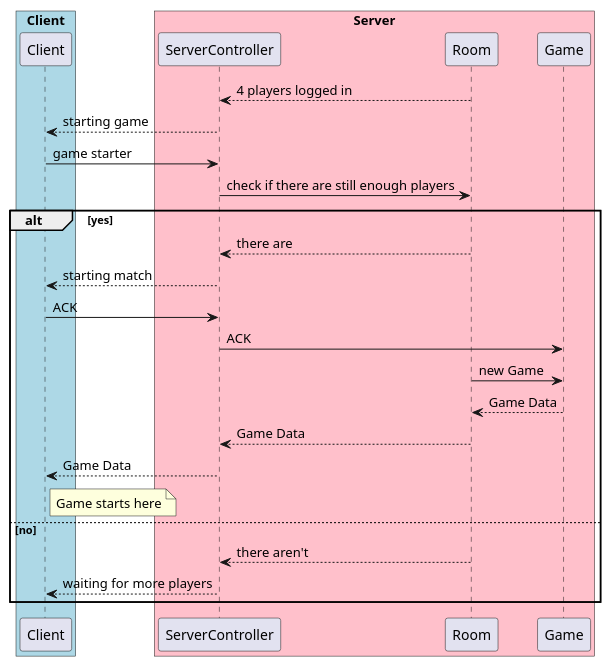
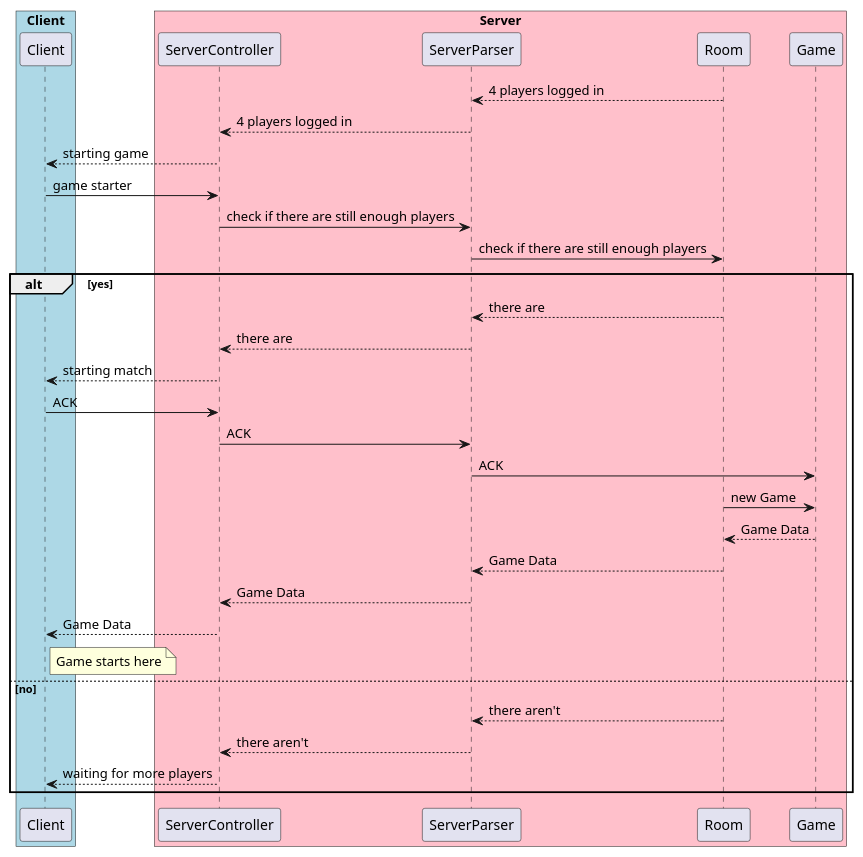
The diagram in docs/Sequence Diagram/Starting Game Phase.puml (dltmtt/IS23-AM13), drawn with PlantUML before and after one commit. The commit also changed 4 other files, not shown here.

Commit message:
add ServerParser

```diff
--- a/docs/Sequence Diagram/Starting Game Phase.puml
+++ b/docs/Sequence Diagram/Starting Game Phase.puml
@@ -1,34 +1,43 @@
 @startuml
 
 box "Client" #LightBlue
 participant Client
 end box
 
 box "Server" #Pink
 participant ServerController
+participant ServerParser
 participant Room
 participant Game
 end box
 
-Room --> ServerController : 4 players logged in
+Room --> ServerParser : 4 players logged in
+ServerParser -->ServerController: 4 players logged in
 ServerController --> Client : starting game
 Client -> ServerController : game starter
 
-ServerController-> Room : check if there are still enough players
+ServerController-> ServerParser : check if there are still enough players
+ServerParser-> Room : check if there are still enough players
+
 alt yes
-Room --> ServerController : there are
+Room --> ServerParser : there are
+ServerParser --> ServerController : there are
 ServerController --> Client : starting match
 Client -> ServerController : ACK
-ServerController -> Game : ACK
+ServerController -> ServerParser : ACK
+ServerParser -> Game : ACK
 Room -> Game : new Game
 Game --> Room : Game Data
-Room --> ServerController : Game Data
+Room --> ServerParser : Game Data
+ServerParser --> ServerController : Game Data
+
 ServerController --> Client : Game Data
 note right of Client: Game starts here
 else no
-Room --> ServerController : there aren't
+Room --> ServerParser : there aren't
+ServerParser --> ServerController : there aren't
 ServerController --> Client : waiting for more players
 end
 
 
 @enduml
```
